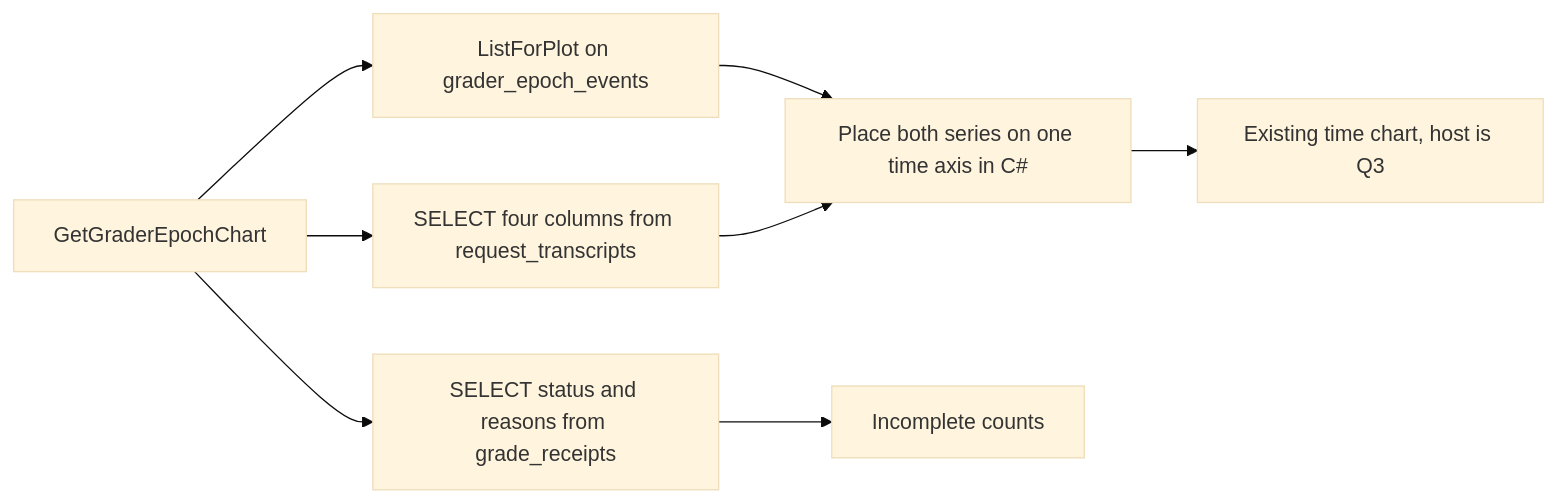
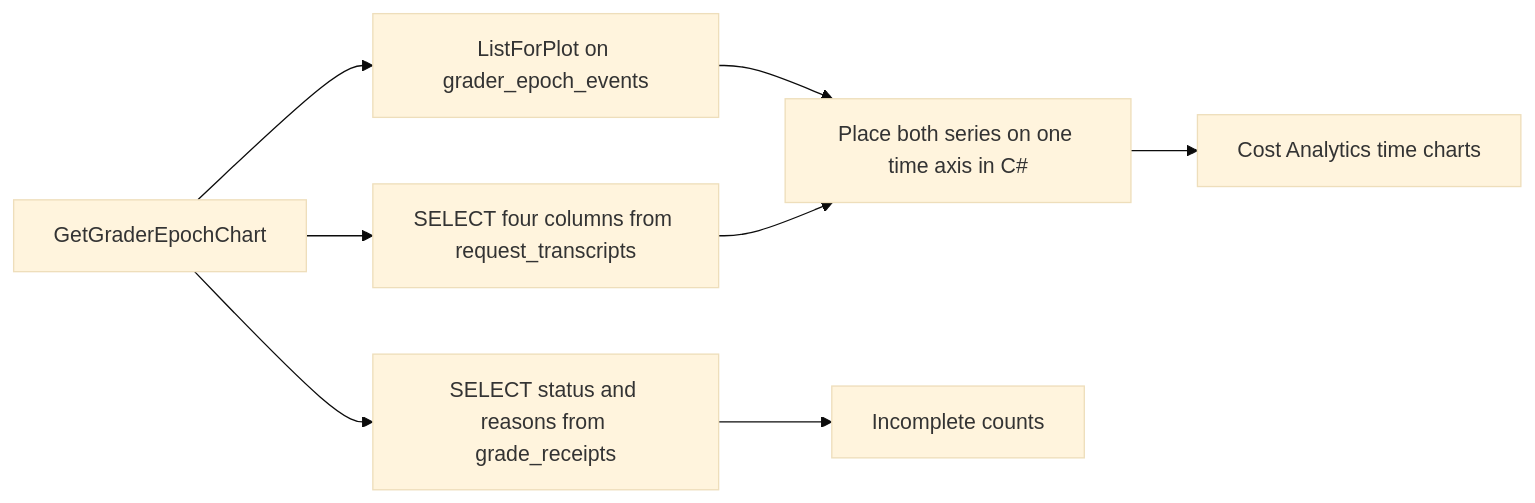
Before and after one commit to davidpizon/TotallyHot-ArcRouter: the diagram in docs/plans/issue-304-phase-9-epoch-time-graph.md, drawn with Mermaid (base theme). The commit also changed other lines of this file and 3 other files, not shown here.

````diff
--- a/docs/plans/issue-304-phase-9-epoch-time-graph.md
+++ b/docs/plans/issue-304-phase-9-epoch-time-graph.md
@@ -151,10 +146,10 @@
 ```mermaid
 flowchart LR
     rpc[GetGraderEpochChart] --> events[ListForPlot on grader_epoch_events]
     rpc --> tokens[SELECT four columns from request_transcripts]
     rpc --> counts[SELECT status and reasons from grade_receipts]
     events --> place[Place both series on one time axis in C#]
     tokens --> place
-    place --> chart[Existing time chart, host is Q3]
+    place --> chart[Cost Analytics time charts]
     counts --> list[Incomplete counts]
 ```
````
